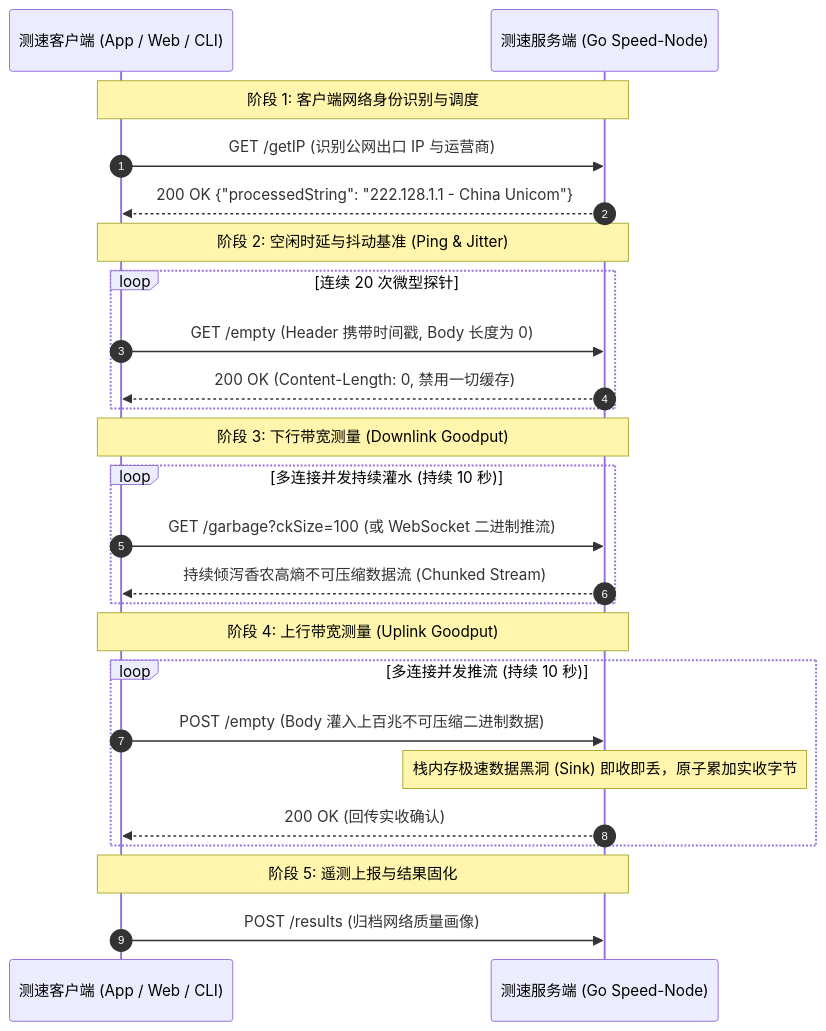
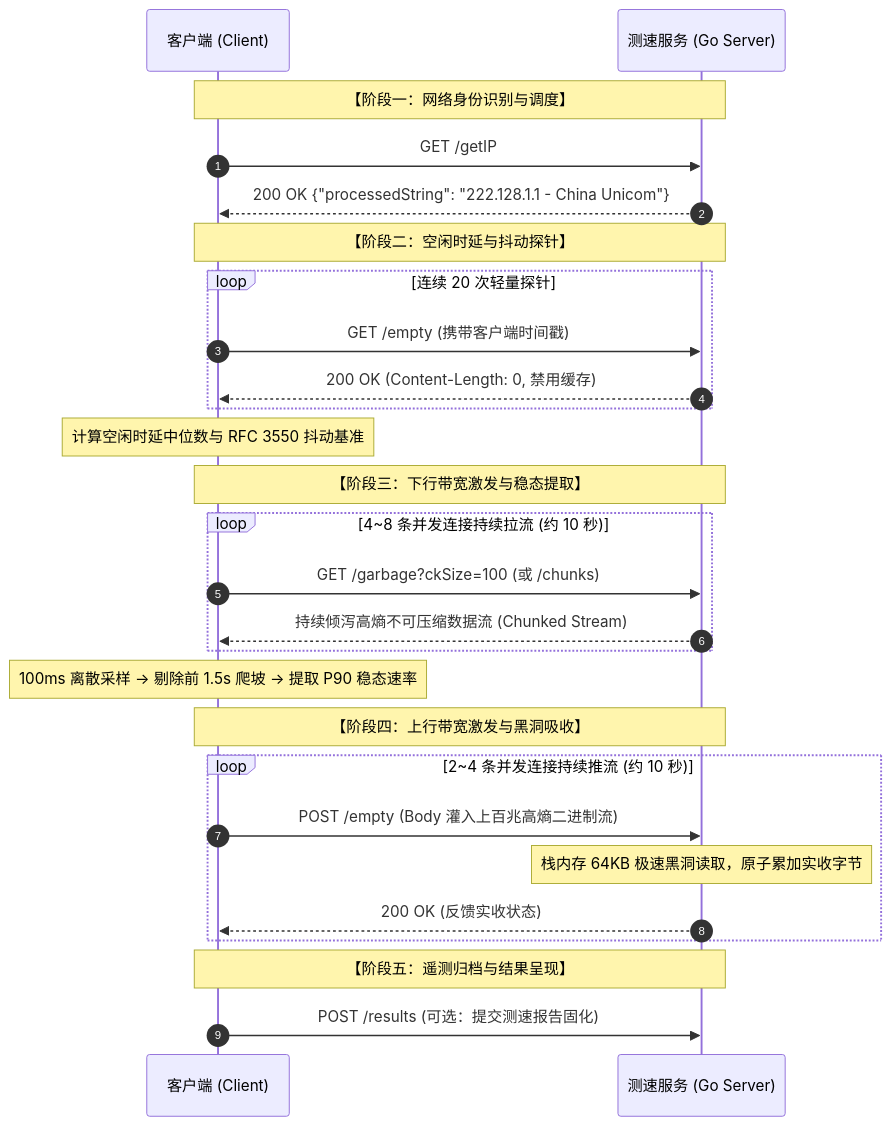
Before and after one commit to MoreConsequence/MoreConsequence.github.io: the fifth of 8 diagrams in content/posts/speedtest-go-deep-dive-whitepaper.md, drawn with Mermaid. The commit also changed other lines of this file, not shown here.

````diff
--- a/content/posts/speedtest-go-deep-dive-whitepaper.md
+++ b/content/posts/speedtest-go-deep-dive-whitepaper.md
@@ -69,32 +134,34 @@
 ```mermaid
 sequenceDiagram
     autonumber
-    participant C as 测速客户端 (App / Web / CLI)
-    participant S as 测速服务端 (Go Speed-Node)
+    participant C as 客户端 (Client)
+    participant S as 测速服务 (Go Server)
 
-    Note over C,S: 阶段 1: 客户端网络身份识别与调度
-    C->>S: GET /getIP (识别公网出口 IP 与运营商)
+    Note over C,S: 【阶段一：网络身份识别与调度】
+    C->>S: GET /getIP
     S-->>C: 200 OK {"processedString": "222.128.1.1 - China Unicom"}
 
-    Note over C,S: 阶段 2: 空闲时延与抖动基准 (Ping & Jitter)
-    loop 连续 20 次微型探针
-        C->>S: GET /empty (Header 携带时间戳, Body 长度为 0)
-        S-->>C: 200 OK (Content-Length: 0, 禁用一切缓存)
+    Note over C,S: 【阶段二：空闲时延与抖动探针】
+    loop 连续 20 次轻量探针
+        C->>S: GET /empty (携带客户端时间戳)
+        S-->>C: 200 OK (Content-Length: 0, 禁用缓存)
+    end
+    Note over C: 计算空闲时延中位数与 RFC 3550 抖动基准
+
+    Note over C,S: 【阶段三：下行带宽激发与稳态提取】
+    loop 4~8 条并发连接持续拉流 (约 10 秒)
+        C->>S: GET /garbage?ckSize=100 (或 /chunks)
+        S-->>C: 持续倾泻高熵不可压缩数据流 (Chunked Stream)
+    end
+    Note over C: 100ms 离散采样 -> 剔除前 1.5s 爬坡 -> 提取 P90 稳态速率
+
+    Note over C,S: 【阶段四：上行带宽激发与黑洞吸收】
+    loop 2~4 条并发连接持续推流 (约 10 秒)
+        C->>S: POST /empty (Body 灌入上百兆高熵二进制流)
+        Note over S: 栈内存 64KB 极速黑洞读取，原子累加实收字节
+        S-->>C: 200 OK (反馈实收状态)
     end
 
-    Note over C,S: 阶段 3: 下行带宽测量 (Downlink Goodput)
-    loop 多连接并发持续灌水 (持续 10 秒)
-        C->>S: GET /garbage?ckSize=100 (或 WebSocket 二进制推流)
-        S-->>C: 持续倾泻香农高熵不可压缩数据流 (Chunked Stream)
-    end
-
-    Note over C,S: 阶段 4: 上行带宽测量 (Uplink Goodput)
-    loop 多连接并发推流 (持续 10 秒)
-        C->>S: POST /empty (Body 灌入上百兆不可压缩二进制数据)
-        Note over S: 栈内存极速数据黑洞 (Sink) 即收即丢，原子累加实收字节
-        S-->>C: 200 OK (回传实收确认)
-    end
-
-    Note over C,S: 阶段 5: 遥测上报与结果固化
-    C->>S: POST /results (归档网络质量画像)
+    Note over C,S: 【阶段五：遥测归档与结果呈现】
+    C->>S: POST /results (可选：提交测速报告固化)
 ```
````
